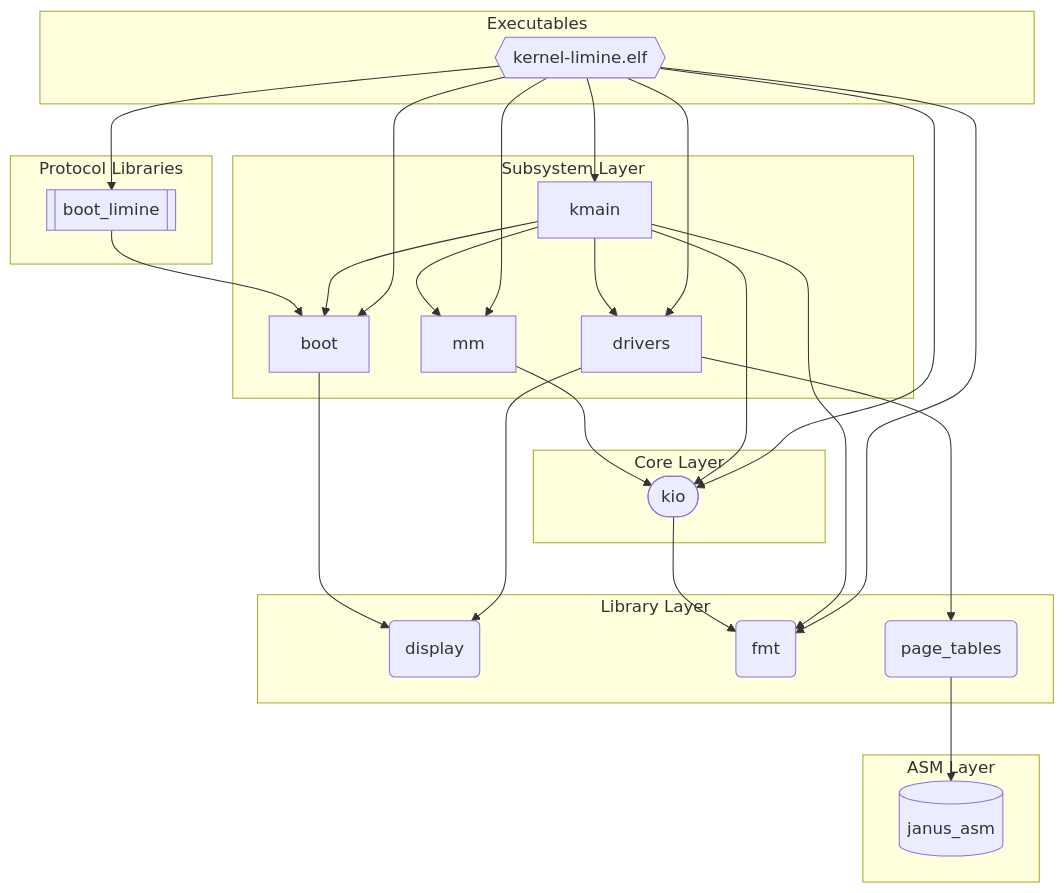
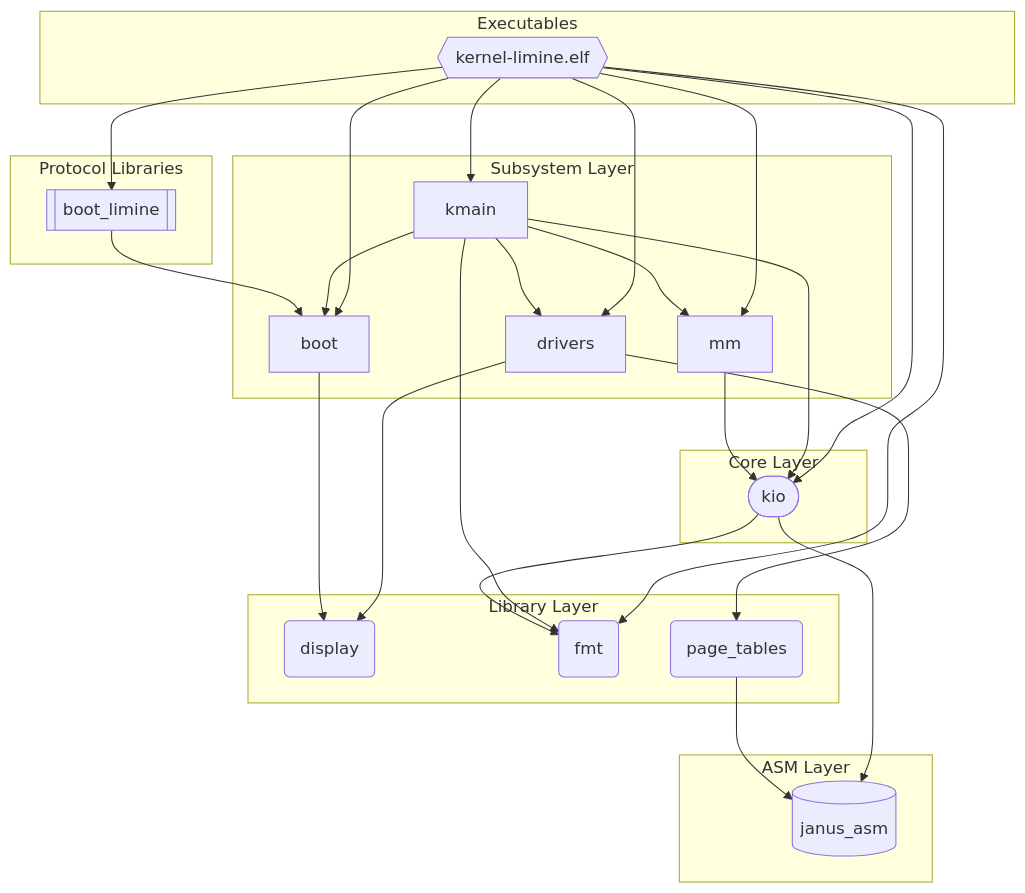
Before and after one commit to FrederikTobner/JANUS: the diagram in docs/src/generated/deps-aarch64.md, drawn with Mermaid. The commit also changed 30 other files, not shown here.

````diff
--- a/docs/src/generated/deps-aarch64.md
+++ b/docs/src/generated/deps-aarch64.md
@@ -3,45 +3,46 @@
 ```mermaid
 graph TD
   subgraph lib_layer["Library Layer"]
     display("display")
     fmt("fmt")
     page_tables("page_tables")
   end
   subgraph core_layer["Core Layer"]
     kio(["kio"])
   end
   subgraph subsys_layer["Subsystem Layer"]
     boot["boot"]
     drivers["drivers"]
     mm["mm"]
     kmain["kmain"]
   end
   subgraph proto_layer["Protocol Libraries"]
     boot_limine[["boot_limine"]]
   end
   subgraph exec_layer["Executables"]
     kernel_limine_elf{{"kernel-limine.elf"}}
   end
   subgraph asm_layer["ASM Layer"]
     janus_asm[("janus_asm")]
   end
   page_tables --> janus_asm
   kio --> fmt
+  kio --> janus_asm
   boot --> display
   boot_limine --> boot
   drivers --> display
   drivers --> page_tables
   mm --> kio
   kmain --> drivers
   kmain --> boot
   kmain --> fmt
   kmain --> kio
   kmain --> mm
   kernel_limine_elf --> drivers
   kernel_limine_elf --> boot
   kernel_limine_elf --> fmt
   kernel_limine_elf --> boot_limine
   kernel_limine_elf --> kio
   kernel_limine_elf --> mm
   kernel_limine_elf --> kmain
 ```
````
